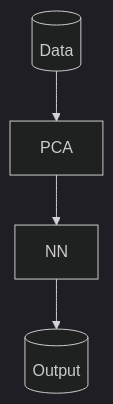
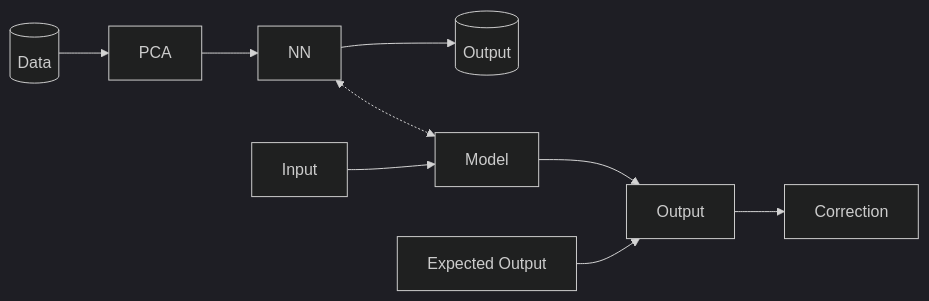
The third of 3 diagrams in docs/README.md (plutoniumm/MLTests), drawn with Mermaid (dark theme) before and after one commit. The commit also changed other lines of this file and 4 other files, not shown here.

````diff
--- a/docs/README.md
+++ b/docs/README.md
@@ -50,4 +52,9 @@
 ```mermaid
-flowchart TD
+flowchart LR
    I[(Data)] --> PCA --> NN --> O[(Output)]
+
+   NN <-.-> Model
+
+   Input --> Model --> OEO[Output] --> Correction
+   EO[Expected Output] --> OEO
 ```
````
